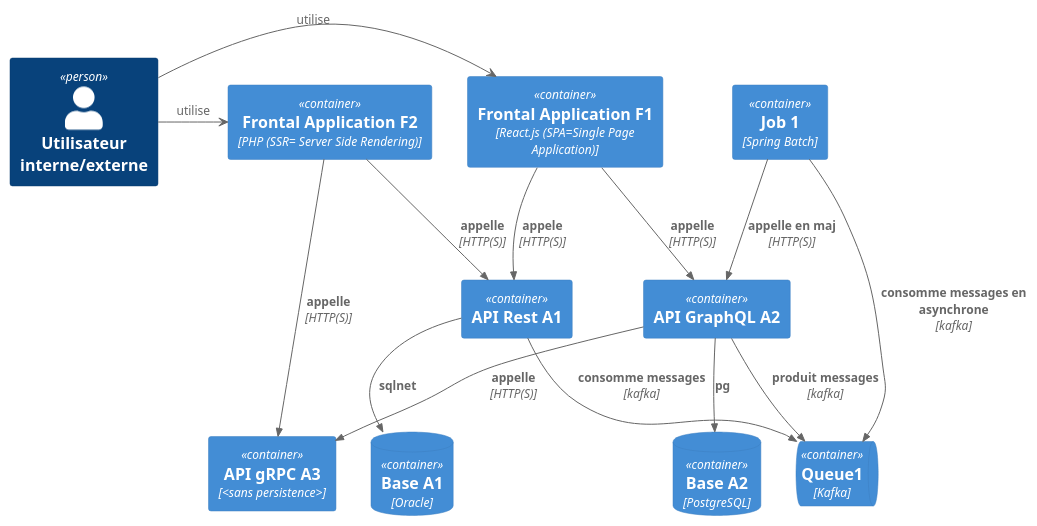
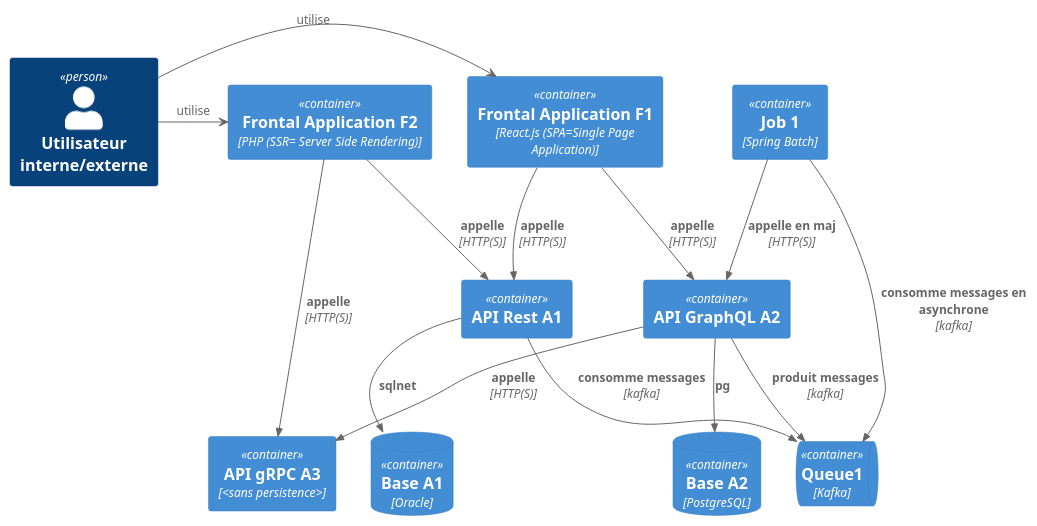
One commit to bflorat/cours-devsecops.github.io changed the diagram in diagrammes/typologie-05-microservice.puml. Above: the diagram before and after it, drawn with PlantUML. The commit also changed 1 other file, not shown here.

Commit message:
fix: typo diagramme

```diff
--- a/diagrammes/typologie-05-microservice.puml
+++ b/diagrammes/typologie-05-microservice.puml
@@ -1,34 +1,34 @@
 @startuml typologie-microservices-05
 !include <C4/C4_Deployment>
 LAYOUT_TOP_DOWN()
 
 Person(user, "Utilisateur interne/externe")
 
 Container(front1, "Frontal Application F1", "React.js (SPA=Single Page Application)")
 Container(front2, "Frontal Application F2", "PHP (SSR= Server Side Rendering)")
 
 Container(api1, "API Rest A1", "")
 Container(api2, "API GraphQL A2", "")
 Container(api3, "API gRPC A3", "<sans persistence>")
 ContainerDb(db_api1, "Base A1", "Oracle")
 ContainerDb(db_api2, "Base A2", "PostgreSQL")
 ContainerQueue(queue1, "Queue1", "Kafka")
 Container(job1, "Job 1", "Spring Batch")
 
 user -> front1 : utilise
 user -> front2 : utilise
 
 Rel(api1,db_api1,"sqlnet")
 Rel(api2,db_api2,"pg")
 
-Rel(front1,api1,"appele", "HTTP(S)")
+Rel(front1,api1,"appelle", "HTTP(S)")
 Rel(front1,api2,"appelle", "HTTP(S)")
 Rel(front2,api3,"appelle", "HTTP(S)")
 Rel(front2,api1,"appelle", "HTTP(S)")
 Rel(api2,api3,"appelle", "HTTP(S)")
 Rel(api2,queue1,"produit messages", "kafka")
 Rel(api1,queue1,"consomme messages", "kafka")
 Rel(job1, queue1,"consomme messages en asynchrone", "kafka")
 Rel(job1, api2,"appelle en maj", "HTTP(S)")
 
 @enduml
```
